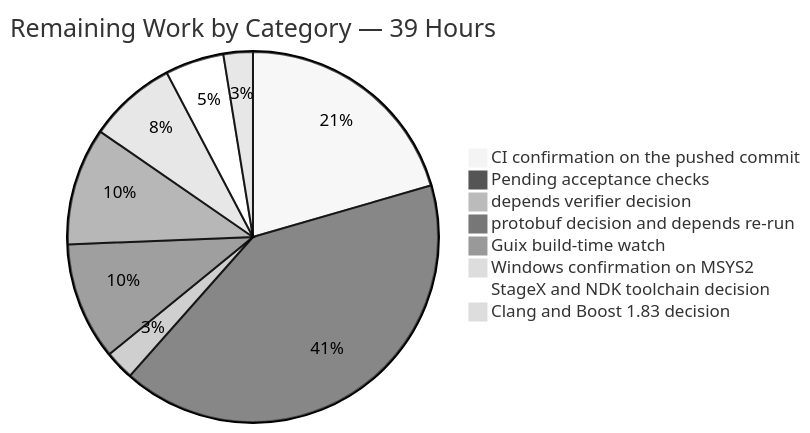
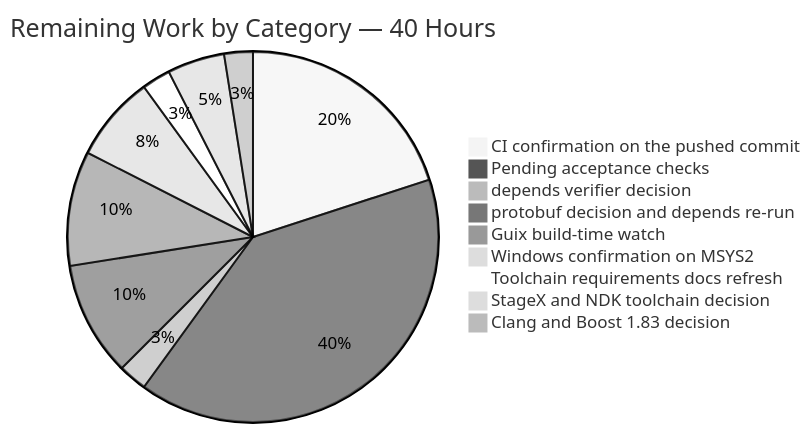
One commit to Tzadiko/monero changed the third of 4 diagrams in blitzy/documentation/Project Guide.md. Above: the diagram before and after it, drawn with Mermaid (neutral theme). The commit also changed other lines of this file and 15 other files, not shown here.

````diff
--- a/blitzy/documentation/Project Guide.md
+++ b/blitzy/documentation/Project Guide.md
@@ -1650,11 +1679,12 @@
 ```mermaid
-pie title Remaining Work by Category — 39 Hours
+pie title Remaining Work by Category — 40 Hours
     "CI confirmation on the pushed commit" : 8
     "Pending acceptance checks" : 16
     "depends verifier decision" : 1
     "protobuf decision and depends re-run" : 4
     "Guix build-time watch" : 4
     "Windows confirmation on MSYS2" : 3
+    "Toolchain requirements docs refresh" : 1
     "StageX and NDK toolchain decision" : 2
     "Clang and Boost 1.83 decision" : 1
 ```
````
